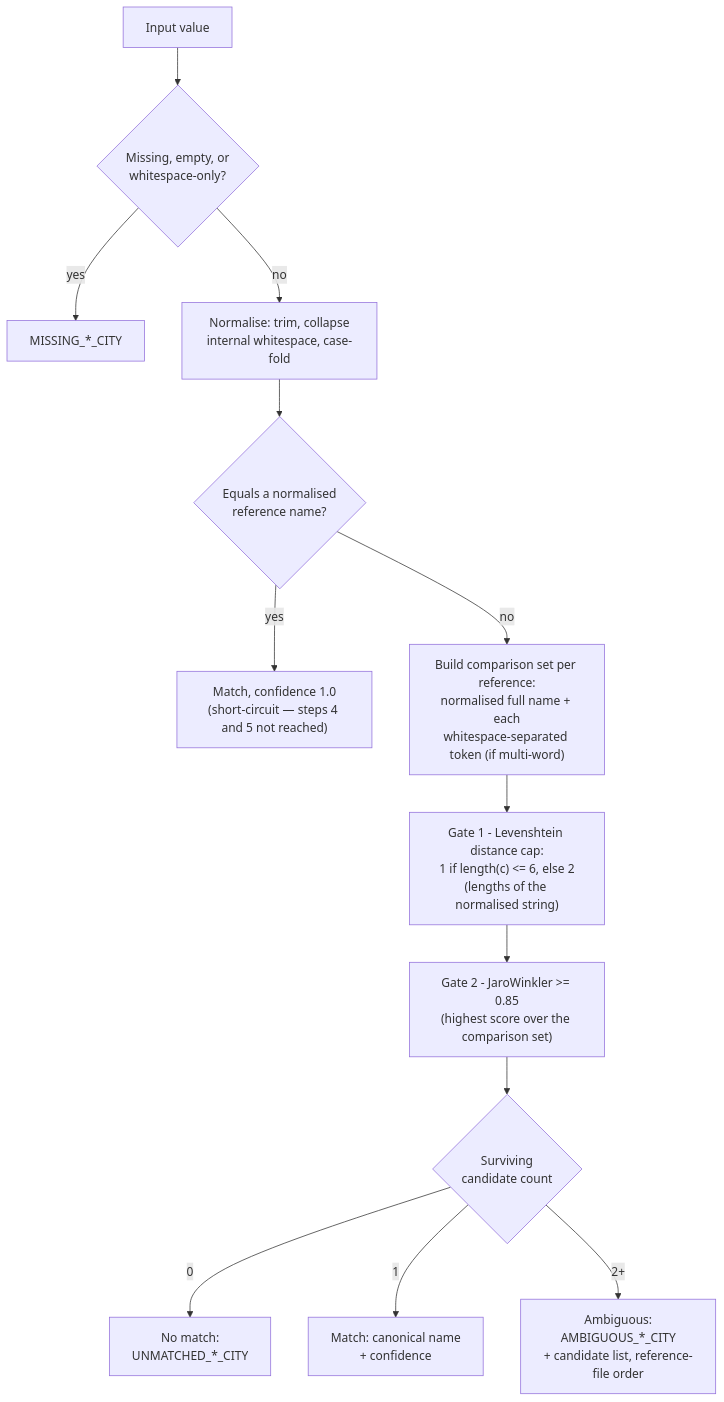
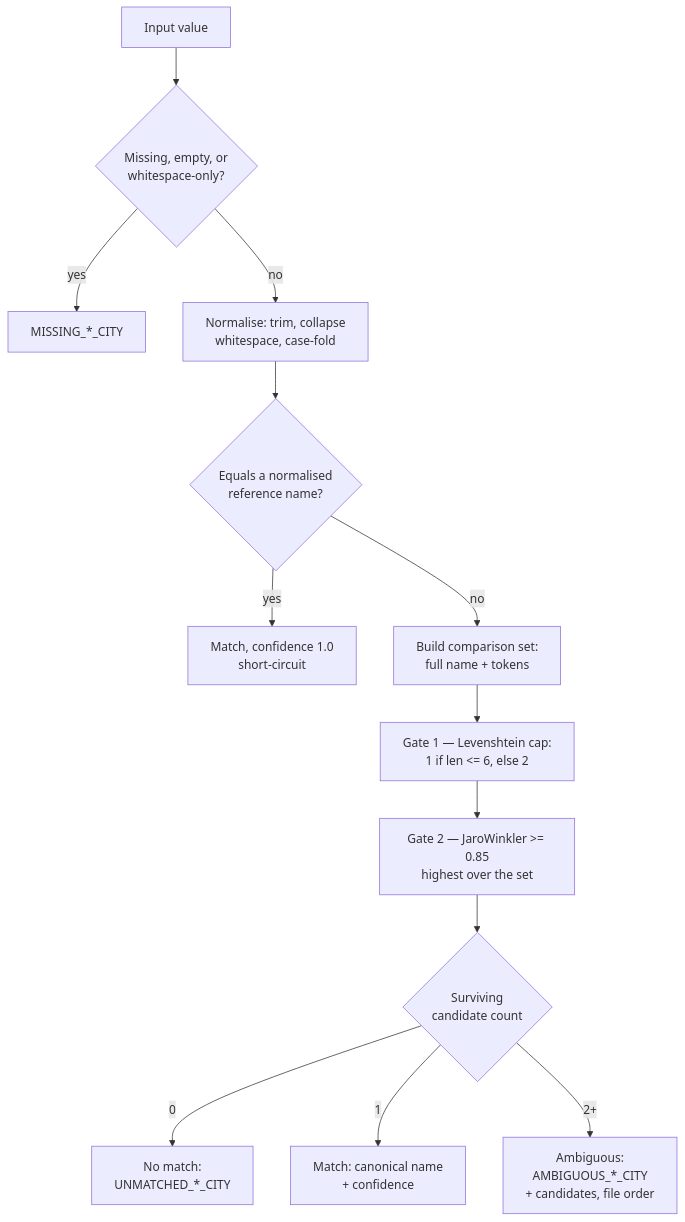
One commit to Cozentus-Technologies/DSV-test-assignement changed the second of 10 diagrams in docs/ARCHITECTURE.md. Above: the diagram before and after it, drawn with Mermaid. The commit also changed other lines of this file and 1 other file, not shown here.

First line of the commit message:
docs: test plan, BDD feature file, and Word export

````diff
--- a/docs/ARCHITECTURE.md
+++ b/docs/ARCHITECTURE.md
@@ -43,15 +43,15 @@
 ```mermaid
 flowchart TD
     A["Input value"] --> B{"Missing, empty, or<br/>whitespace-only?"}
     B -->|yes| B1["MISSING_*_CITY"]
-    B -->|no| C["Normalise: trim, collapse<br/>internal whitespace, case-fold"]
+    B -->|no| C["Normalise: trim, collapse<br/>whitespace, case-fold"]
     C --> D{"Equals a normalised<br/>reference name?"}
-    D -->|yes| D1["Match, confidence 1.0<br/>(short-circuit — steps 4 and 5 not reached)"]
-    D -->|no| E["Build comparison set per reference:<br/>normalised full name + each<br/>whitespace-separated token (if multi-word)"]
-    E --> F["Gate 1 - Levenshtein distance cap:<br/>1 if length(c) &lt;= 6, else 2<br/>(lengths of the normalised string)"]
-    F --> G["Gate 2 - JaroWinkler >= 0.85<br/>(highest score over the comparison set)"]
+    D -->|yes| D1["Match, confidence 1.0<br/>short-circuit"]
+    D -->|no| E["Build comparison set:<br/>full name + tokens"]
+    E --> F["Gate 1 — Levenshtein cap:<br/>1 if len &lt;= 6, else 2"]
+    F --> G["Gate 2 — JaroWinkler >= 0.85<br/>highest over the set"]
     G --> H{"Surviving<br/>candidate count"}
     H -->|0| H0["No match:<br/>UNMATCHED_*_CITY"]
     H -->|1| H1["Match: canonical name<br/>+ confidence"]
-    H -->|"2+"| H2["Ambiguous:<br/>AMBIGUOUS_*_CITY<br/>+ candidate list, reference-file order"]
+    H -->|"2+"| H2["Ambiguous:<br/>AMBIGUOUS_*_CITY<br/>+ candidates, file order"]
 ```
````
